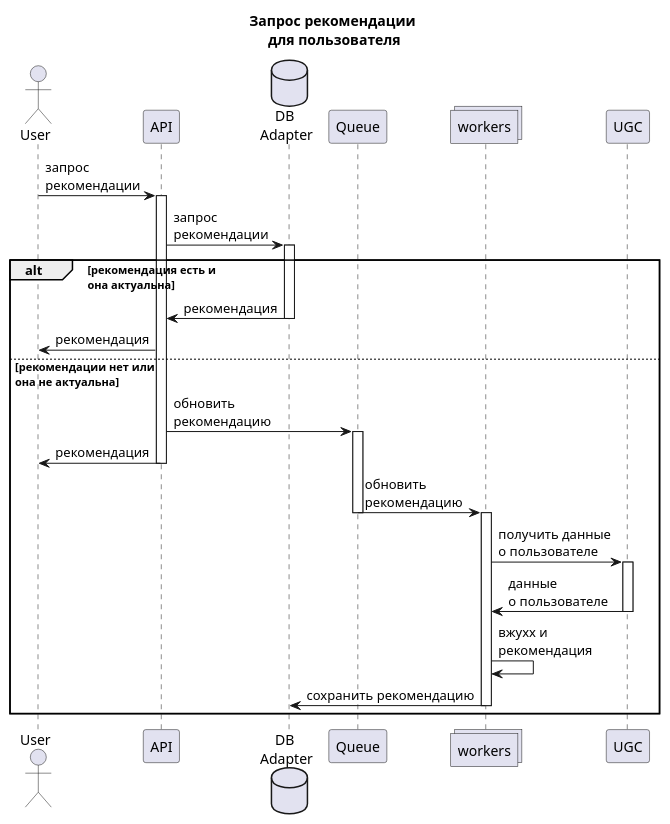
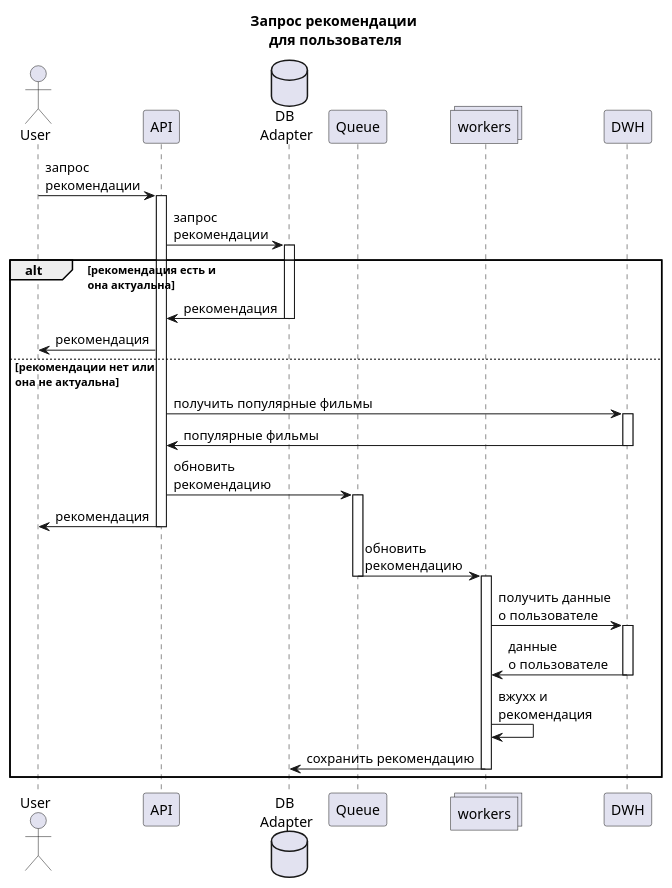
The diagram in docs/arch/case_1.puml (konstantinGlonin/graduate_work), drawn with PlantUML before and after one commit. The commit also changed 4 other files, not shown here.

```diff
--- a/docs/arch/case_1.puml
+++ b/docs/arch/case_1.puml
@@ -1,30 +1,33 @@
 @startuml
 'https://plantuml.com/sequence-diagram
 
 title Запрос рекомендации \nдля пользователя
 actor User as user
 participant API as api
 
 database "DB \nAdapter" as db
 participant Queue as queue
 collections workers as handler
-participant "UGC" as ext_api
+participant "DWH" as ext_api
 
 user -> api++: запрос\nрекомендации
 api -> db++: запрос\nрекомендации
 
 alt рекомендация есть и\nона актуальна
     api <- db--: рекомендация
 user <- api: рекомендация
 else рекомендации нет или\nона не актуальна
+    api -> ext_api++: получить популярные фильмы
+    api <- ext_api--: популярные фильмы
+
     api -> queue++: обновить\nрекомендацию
     user <- api--: рекомендация
 
     queue -> handler--++: обновить\nрекомендацию
     handler -> ext_api++: получить данные\nо пользователе
     handler <- ext_api--: данные\nо пользователе
     handler -> handler: вжухх и\nрекомендация
     handler -> db--: сохранить рекомендацию
 end
 
 @enduml
```
